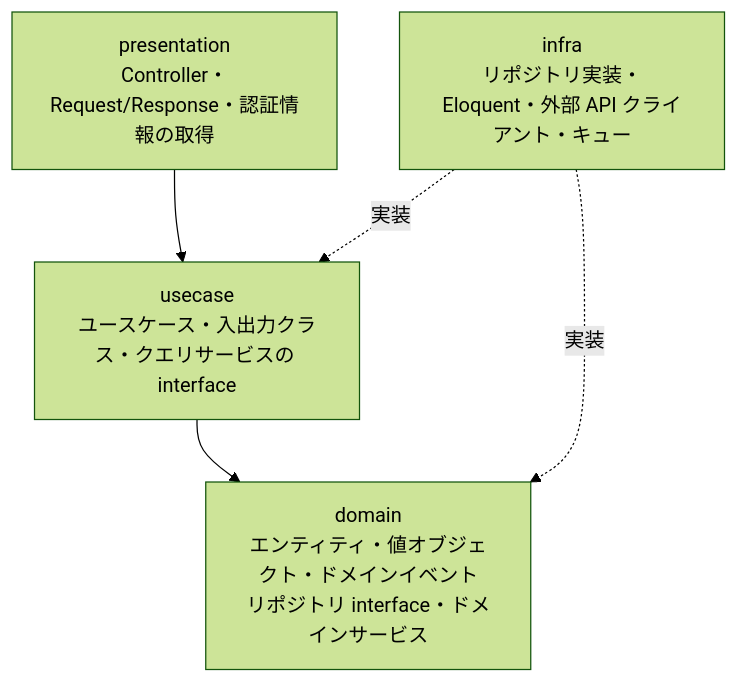
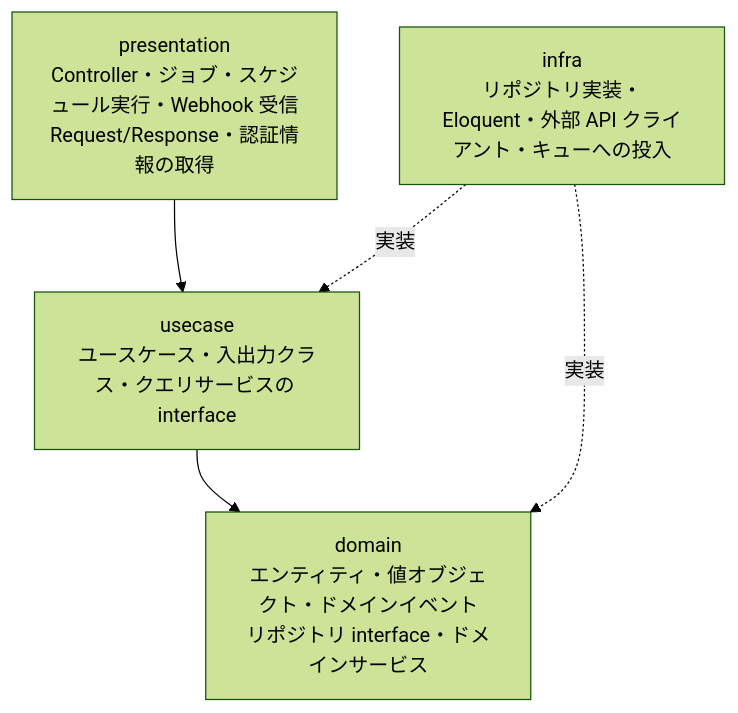
The second of 2 diagrams in docs/architecture/overview.md (takeshi-arihori/E-commerce-Platform), drawn with Mermaid (forest theme) before and after one commit. The commit also changed other lines of this file and 17 other files, not shown here.

````diff
--- a/docs/architecture/overview.md
+++ b/docs/architecture/overview.md
@@ -66,10 +66,10 @@
 ```mermaid
 flowchart TB
-    P[presentation<br/>Controller・Request/Response・認証情報の取得]
+    P[presentation<br/>Controller・ジョブ・スケジュール実行・Webhook 受信<br/>Request/Response・認証情報の取得]
     U[usecase<br/>ユースケース・入出力クラス・クエリサービスの interface]
     D[domain<br/>エンティティ・値オブジェクト・ドメインイベント<br/>リポジトリ interface・ドメインサービス]
-    I[infra<br/>リポジトリ実装・Eloquent・外部 API クライアント・キュー]
+    I[infra<br/>リポジトリ実装・Eloquent・外部 API クライアント・キューへの投入]
     P --> U --> D
     I -.実装.-> D
     I -.実装.-> U
 ```
````
